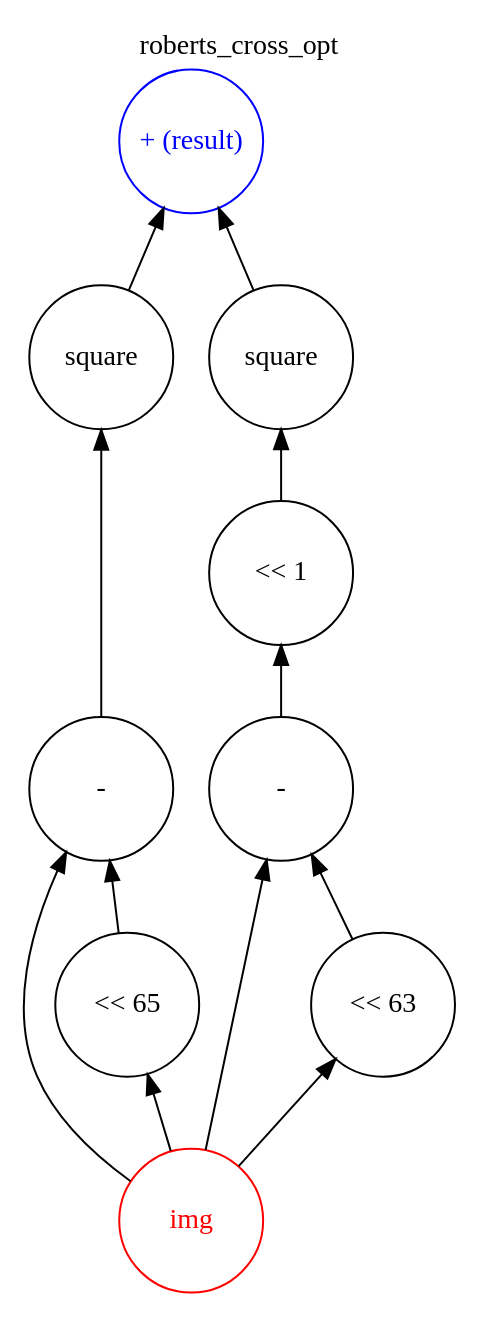
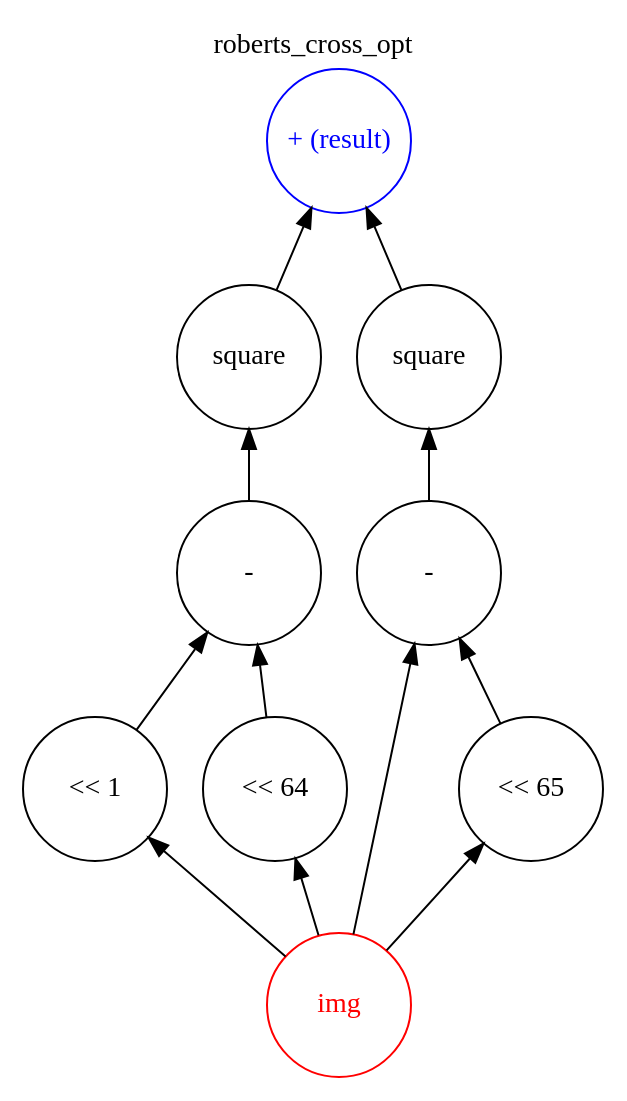
The diagram in benchmarks/roberts_cross/roberts_cross_opt_ir.dot (AbdessamedSed/CHEHAB_FHE_Compiler), drawn with Graphviz before and after one commit. The commit also changed 12 other files, not shown here.

```diff
--- a/benchmarks/roberts_cross/roberts_cross_opt_ir.dot
+++ b/benchmarks/roberts_cross/roberts_cross_opt_ir.dot
@@ -1,25 +1,25 @@
 digraph "roberts_cross_opt" {
 graph [label="roberts_cross_opt" labelloc="t"]
 node [shape=circle width=1 margin=0]
 edge [dir=back]
 42 [label="img" style=solid color=red fontcolor=red]
+44 [label="<< 1" style=solid color=black fontcolor=black]
+44 -> 42
+43 [label="<< 64" style=solid color=black fontcolor=black]
+43 -> 42
+68 [label="-" style=solid color=black fontcolor=black]
+68 -> 44
+68 -> 43
+69 [label="square" style=solid color=black fontcolor=black]
+69 -> 68
 66 [label="<< 65" style=solid color=black fontcolor=black]
 66 -> 42
-68 [label="-" style=solid color=black fontcolor=black]
-68 -> 42
-68 -> 66
-69 [label="square" style=solid color=black fontcolor=black]
-69 -> 68
-72 [label="<< 63" style=solid color=black fontcolor=black]
-72 -> 42
-73 [label="-" style=solid color=black fontcolor=black]
-73 -> 42
-73 -> 72
-74 [label="<< 1" style=solid color=black fontcolor=black]
-74 -> 73
-75 [label="square" style=solid color=black fontcolor=black]
-75 -> 74
+71 [label="-" style=solid color=black fontcolor=black]
+71 -> 42
+71 -> 66
+72 [label="square" style=solid color=black fontcolor=black]
+72 -> 71
 65 [label="+ (result)" style=solid color=blue fontcolor=blue]
 65 -> 69
-65 -> 75
+65 -> 72
 }
```
